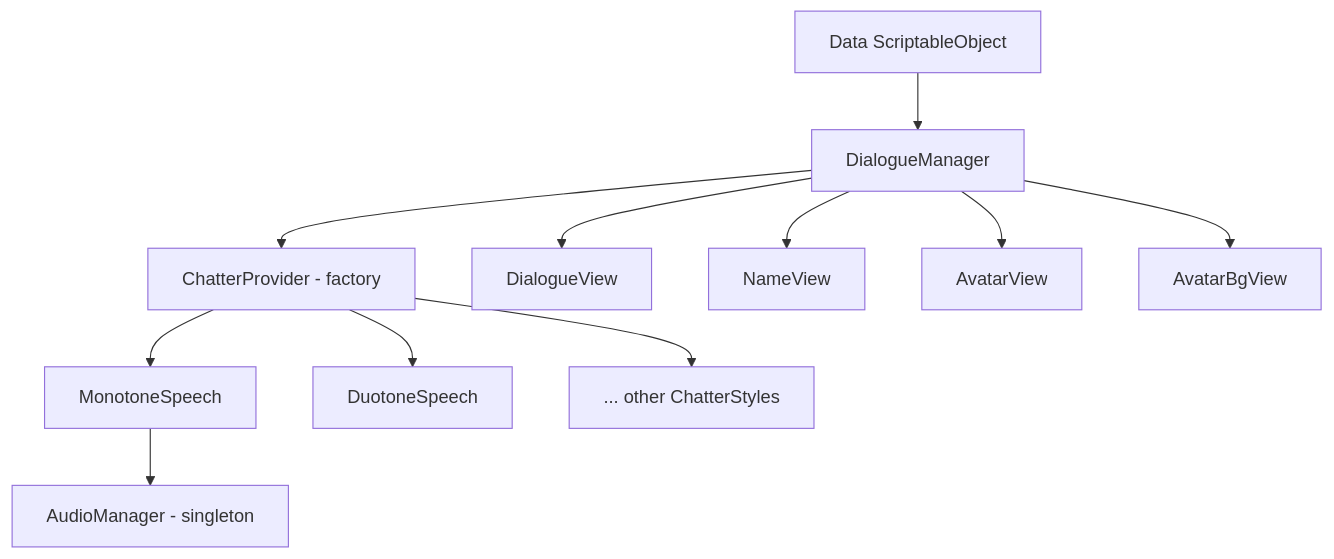
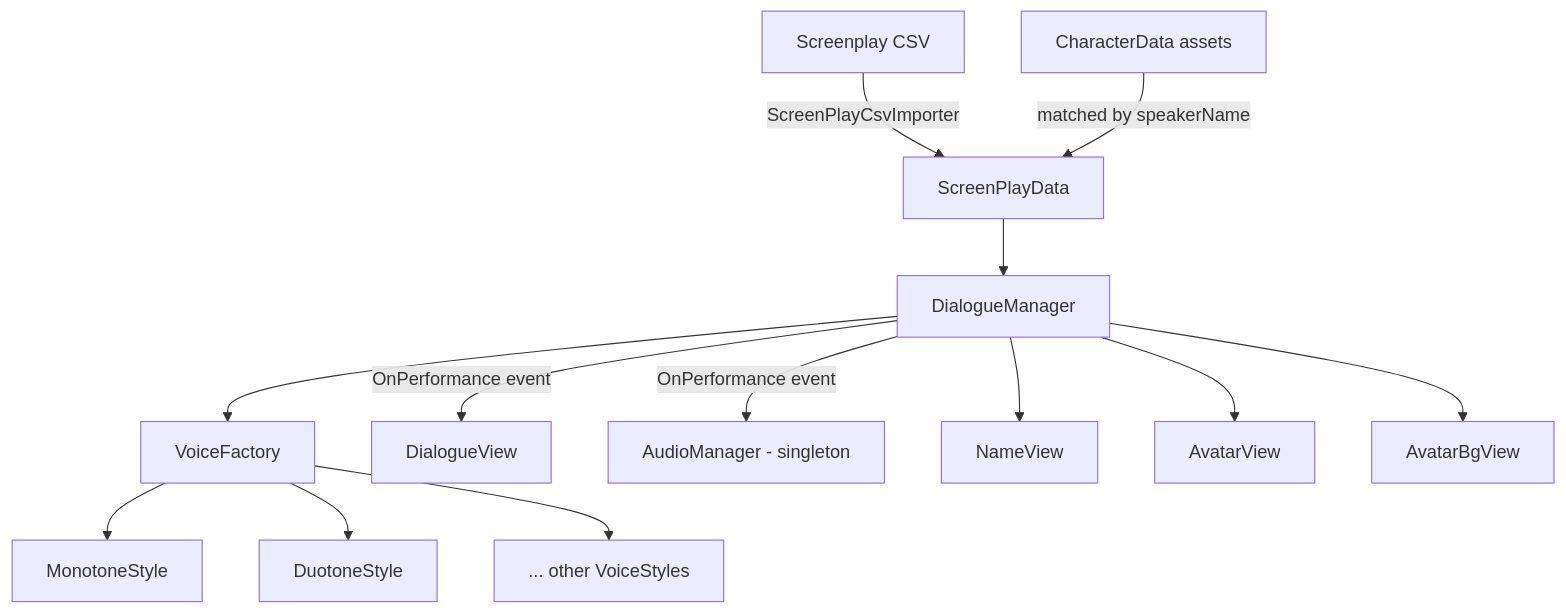
One commit to JSlusark/Clapperbox changed the diagram in README.md. Above: the diagram before and after it, drawn with Mermaid. The commit also changed other lines of this file, not shown here.

````diff
--- a/README.md
+++ b/README.md
@@ -73,13 +212,15 @@
 ```mermaid
 flowchart TD
-    A[Data ScriptableObject] --> B[DialogueManager]
-    B --> C[ChatterProvider - factory]
-    C --> D[MonotoneSpeech]
-    C --> E[DuotoneSpeech]
-    C --> F[... other ChatterStyles]
-    D --> G[AudioManager - singleton]
-    B --> H[DialogueView]
-    B --> I[NameView]
-    B --> J[AvatarView]
-    B --> K[AvatarBgView]
+    A[Screenplay CSV] -->|ScreenPlayCsvImporter| B[ScreenPlayData]
+    C[CharacterData assets] -->|matched by speakerName| B
+    B --> D[DialogueManager]
+    D --> E[VoiceFactory]
+    E --> F[MonotoneStyle]
+    E --> G[DuotoneStyle]
+    E --> H[... other VoiceStyles]
+    D -->|OnPerformance event| I[DialogueView]
+    D -->|OnPerformance event| J[AudioManager - singleton]
+    D --> K[NameView]
+    D --> L[AvatarView]
+    D --> M[AvatarBgView]
 ```
````
